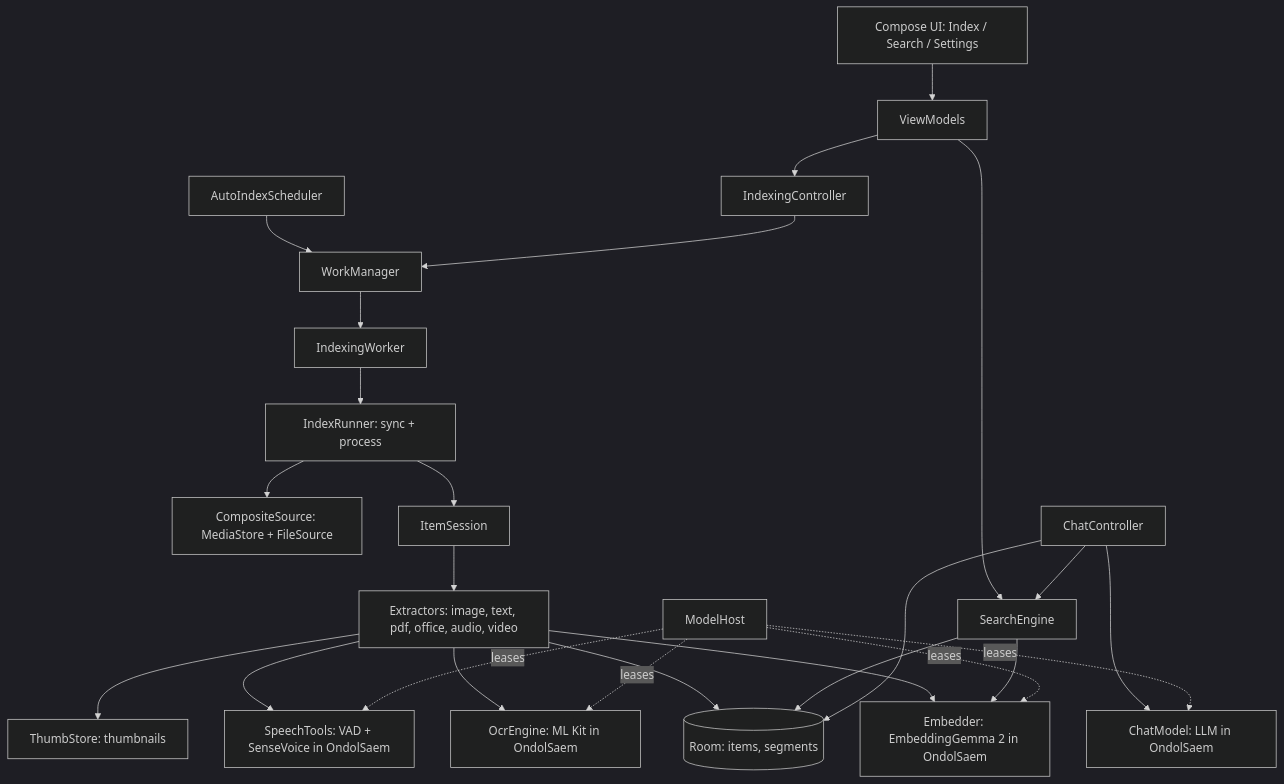
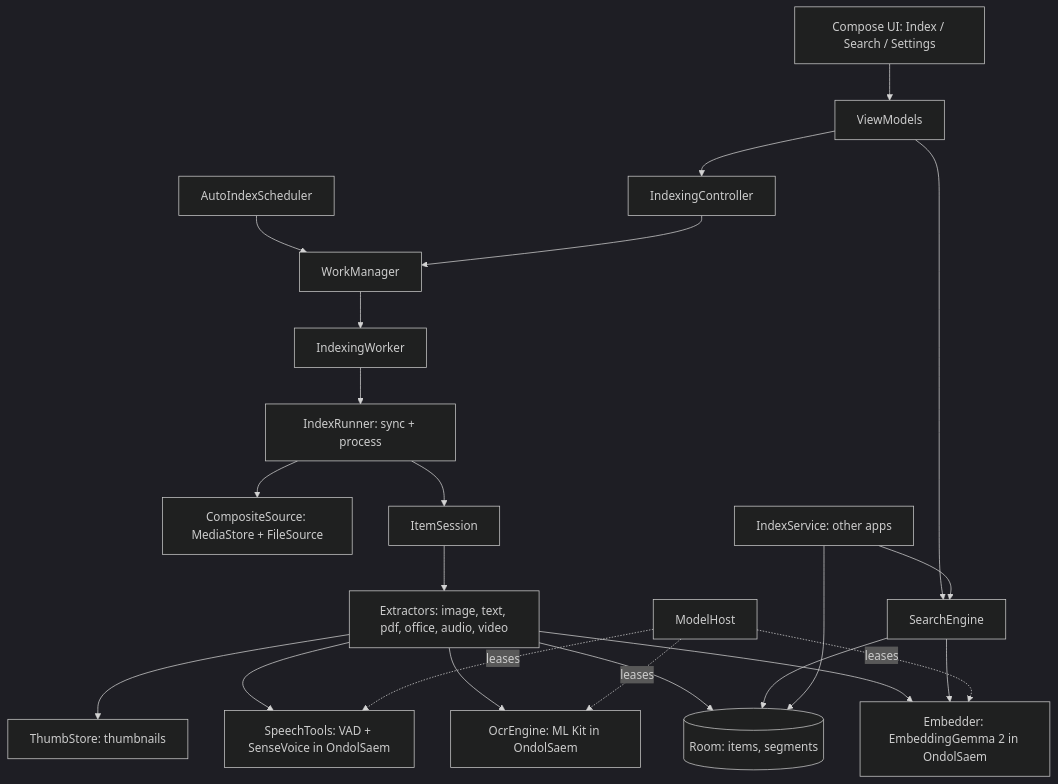
One commit to TaeHunKim/Nunsori changed the diagram in docs/architecture.md. Above: the diagram before and after it, drawn with Mermaid (dark theme). The commit also changed other lines of this file and 78 other files, not shown here.

````diff
--- a/docs/architecture.md
+++ b/docs/architecture.md
@@ -14,27 +14,25 @@
 ```mermaid
 flowchart TD
     UI[Compose UI: Index / Search / Settings] --> VM[ViewModels]
     VM --> CTRL[IndexingController]
     VM --> SE[SearchEngine]
     SCHED[AutoIndexScheduler] --> WM[WorkManager]
     CTRL --> WM
     WM --> W[IndexingWorker]
     W --> RUN[IndexRunner: sync + process]
     RUN --> SRC[CompositeSource: MediaStore + FileSource]
     RUN --> SESS[ItemSession]
     SESS --> X[Extractors: image, text, pdf, office, audio, video]
     X --> EMB[Embedder: EmbeddingGemma 2 in OndolSaem]
     X --> OCR[OcrEngine: ML Kit in OndolSaem]
     X --> ASR[SpeechTools: VAD + SenseVoice in OndolSaem]
     X --> DB[(Room: items, segments)]
     X --> TH[ThumbStore: thumbnails]
     SE --> DB
     SE --> EMB
-    CHAT[ChatController] --> SE
-    CHAT --> LLM[ChatModel: LLM in OndolSaem]
-    CHAT --> DB
+    API[IndexService: other apps] --> SE
+    API --> DB
     RES[ModelHost] -.leases.-> EMB
     RES -.leases.-> OCR
     RES -.leases.-> ASR
-    RES -.leases.-> LLM
 ```
````
